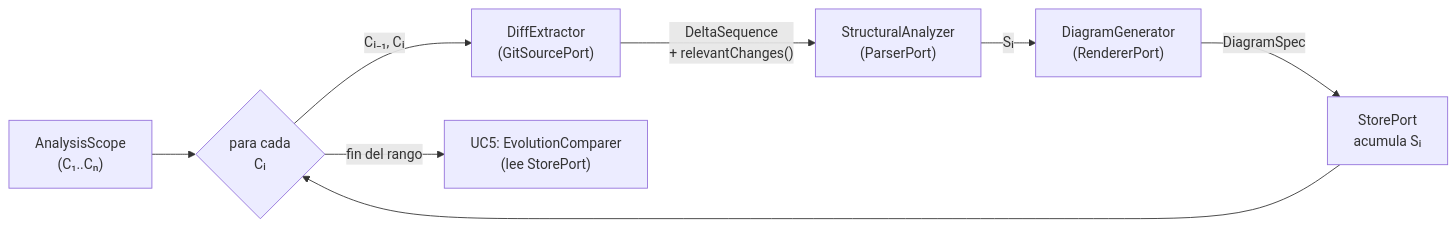
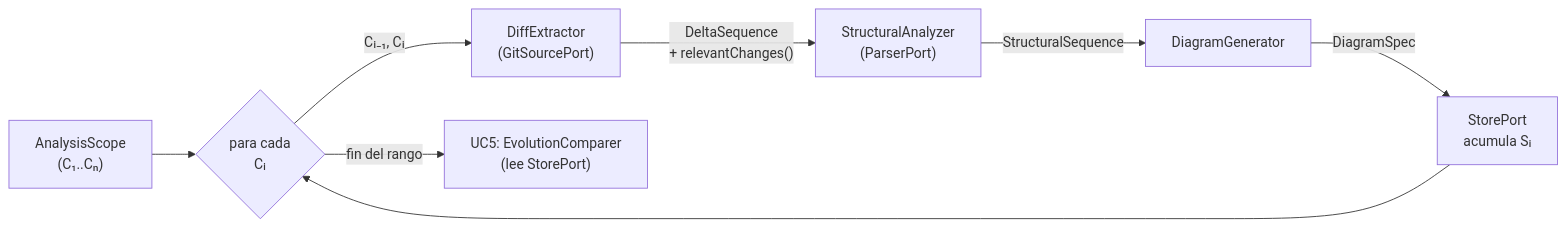
Before and after one commit to van2015/DDV: the third of 3 diagrams in docs/architecture.md, drawn with Mermaid. The commit also changed 8 other files, not shown here.

First line of the commit message:
feat(pipeline): generate per-commit diagram specs from structural changes

````diff
--- a/docs/architecture.md
+++ b/docs/architecture.md
@@ -123,10 +123,10 @@
 ```mermaid
 flowchart LR
     S["AnalysisScope<br/>(C₁..Cₙ)"] --> L{"para cada<br/>Cᵢ"}
     L -->|"Cᵢ₋₁, Cᵢ"| D["DiffExtractor<br/>(GitSourcePort)"]
     D -->|"DeltaSequence<br/>+ relevantChanges()"| A["StructuralAnalyzer<br/>(ParserPort)"]
-    A -->|"Sᵢ"| G["DiagramGenerator<br/>(RendererPort)"]
+    A -->|"StructuralSequence"| G["DiagramGenerator"]
     G -->|"DiagramSpec"| ST["StorePort<br/>acumula Sᵢ"]
     ST --> L
     L -->|"fin del rango"| R["UC5: EvolutionComparer<br/>(lee StorePort)"]
 ```
````
